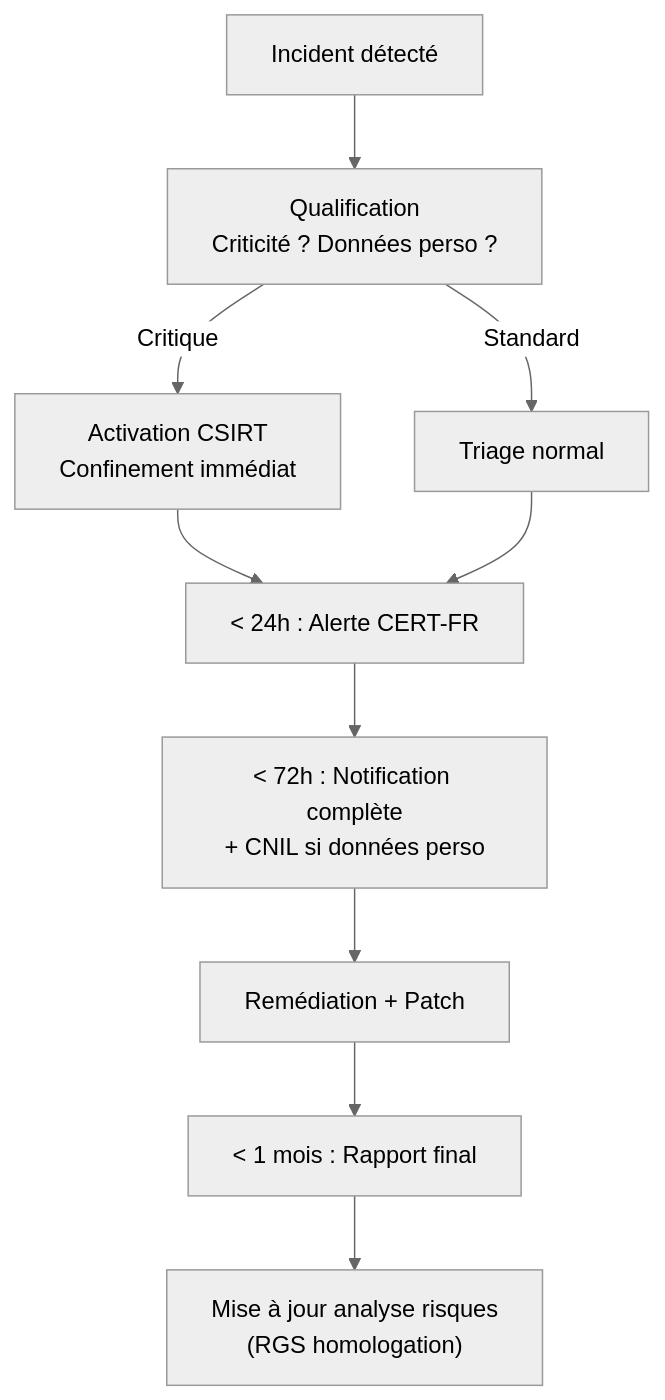
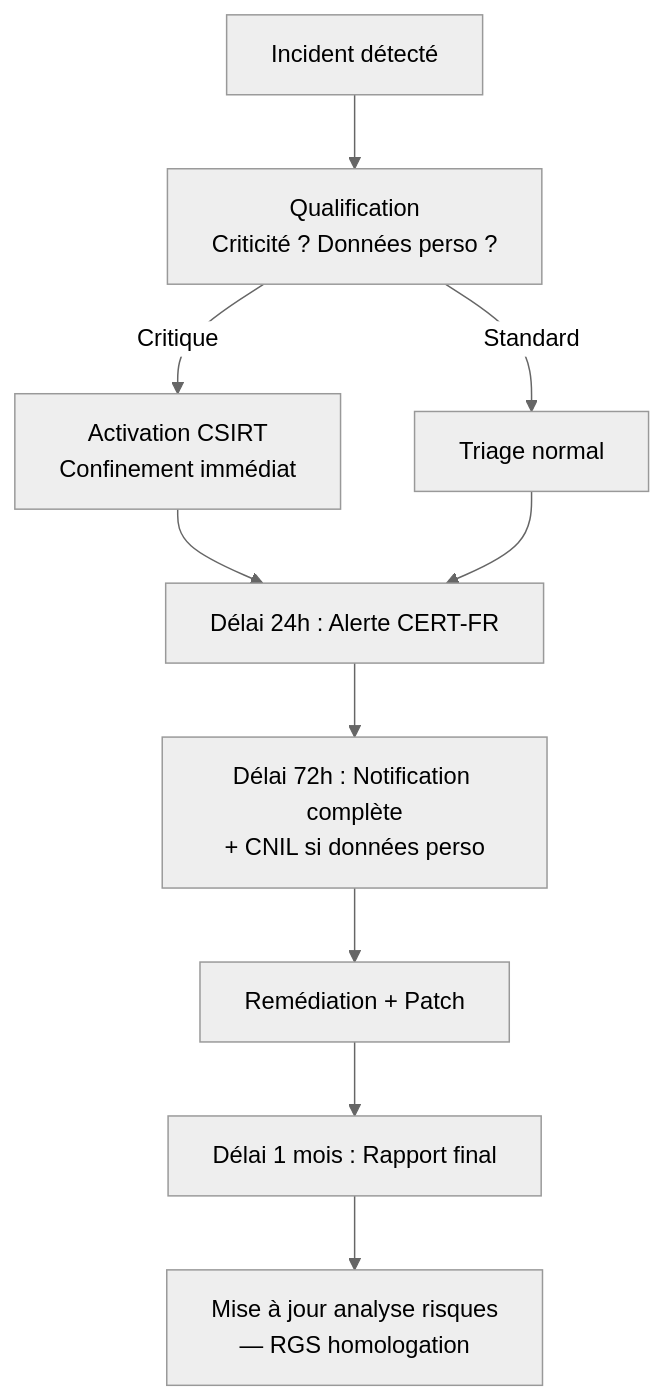
The second of 2 diagrams in JOUR-05-reporting-gestion-incidents-conformite.md (yugmerabtene/techniques-de-hacking-niveau-1), drawn with Mermaid (neutral theme) before and after one commit. The commit also changed other lines of this file and 9 other files, not shown here.

First line of the commit message:
feat: Fig 1-16 + legendes, fix Mermaid parentheses/chevrons, 35 tests OK, fix .gitignore

````diff
--- a/JOUR-05-reporting-gestion-incidents-conformite.md
+++ b/JOUR-05-reporting-gestion-incidents-conformite.md
@@ -294,12 +298,12 @@
 ```mermaid
 flowchart TB
     A["Incident détecté"] --> B["Qualification<br/>Criticité ? Données perso ?"]
     B -->|Critique| C["Activation CSIRT<br/>Confinement immédiat"]
     B -->|Standard| D["Triage normal"]
-    C --> E["< 24h : Alerte CERT-FR"]
+    C --> E["Délai 24h : Alerte CERT-FR"]
     D --> E
-    E --> F["< 72h : Notification complète<br/>+ CNIL si données perso"]
+    E --> F["Délai 72h : Notification complète<br/>+ CNIL si données perso"]
     F --> G["Remédiation + Patch"]
-    G --> H["< 1 mois : Rapport final"]
-    H --> I["Mise à jour analyse risques<br/>(RGS homologation)"]
+    G --> H["Délai 1 mois : Rapport final"]
+    H --> I["Mise à jour analyse risques<br/>— RGS homologation"]
 ```
````
